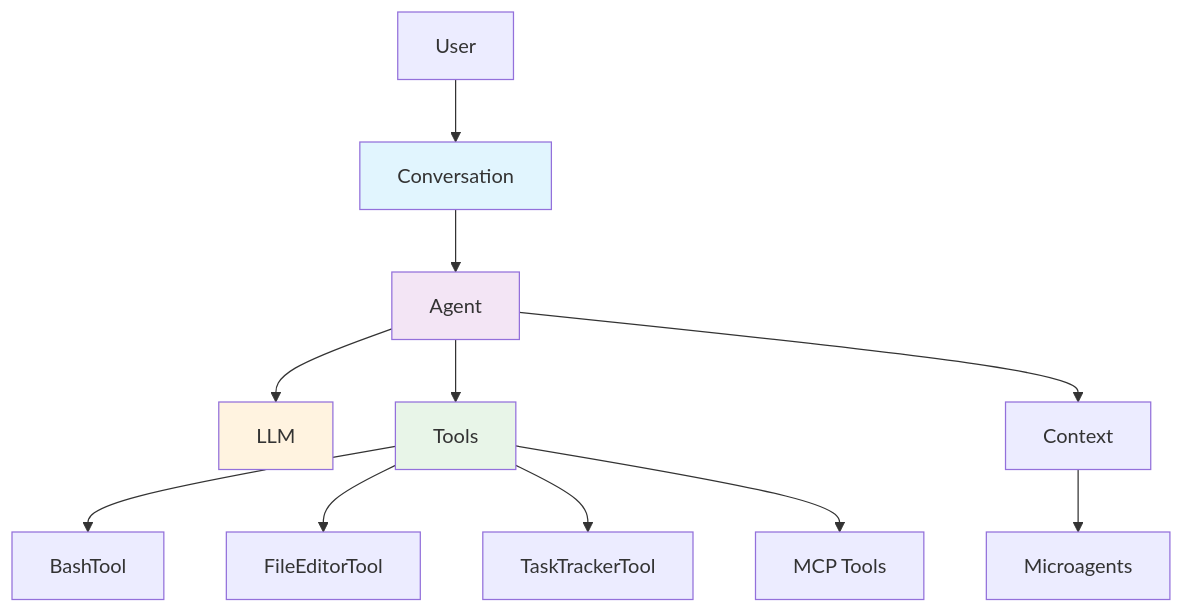
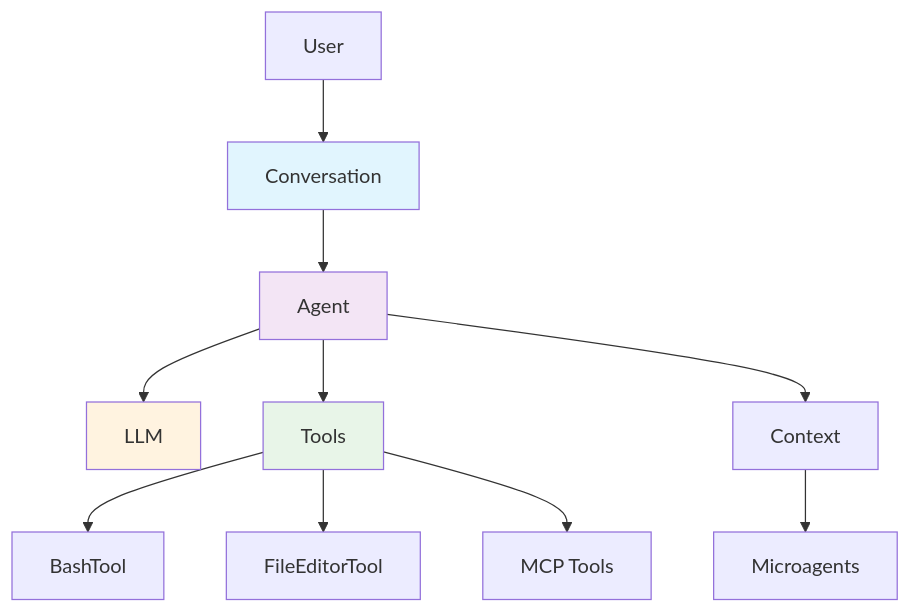
One commit to OpenHands/docs changed the diagram in agent-sdk/architecture/overview.mdx. Above: the diagram before and after it, drawn with Mermaid. The commit also changed 5 other files, not shown here.

````diff
--- a/agent-sdk/architecture/overview.mdx
+++ b/agent-sdk/architecture/overview.mdx
@@ -10,18 +10,20 @@
 ```mermaid
-graph TB
+graph TD
     User[User] --> Conversation[Conversation]
     Conversation --> Agent[Agent]
+    
     Agent --> LLM[LLM]
     Agent --> Tools[Tools]
+    Agent --> Context[Context]
+    
     Tools --> BashTool[BashTool]
     Tools --> FileEditor[FileEditorTool]
-    Tools --> TaskTracker[TaskTrackerTool]
     Tools --> MCP[MCP Tools]
-    Agent --> Context[Context]
+    
     Context --> Microagents[Microagents]
     
     style Conversation fill:#e1f5fe
     style Agent fill:#f3e5f5
     style LLM fill:#fff3e0
     style Tools fill:#e8f5e8
 ```
````
